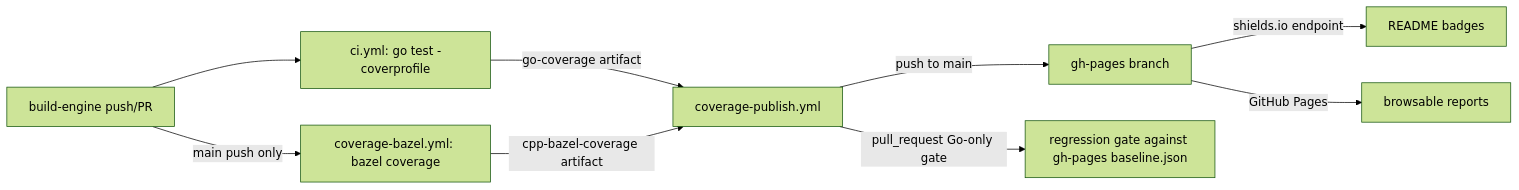
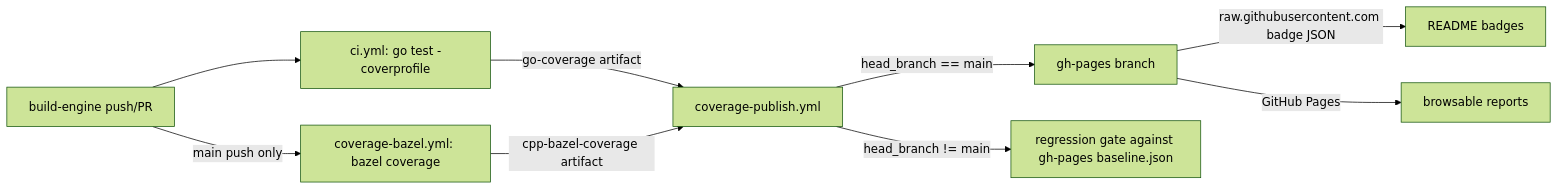
The diagram in docs/dev/coverage/README.md (vantaboard/bigquery-emulator), drawn with Mermaid (forest theme) before and after one commit. The commit also changed other lines of this file and 2 other files, not shown here.

First line of the commit message:
fix(coverage): publish badges via head_branch and raw GitHub URLs

````diff
--- a/docs/dev/coverage/README.md
+++ b/docs/dev/coverage/README.md
@@ -26,11 +26,11 @@
 ```mermaid
 flowchart LR
   buildEngine[build-engine push/PR] --> ci[ci.yml: go test -coverprofile]
   buildEngine -->|"main push only"| cpp[coverage-bazel.yml: bazel coverage]
   ci -->|go-coverage artifact| pub[coverage-publish.yml]
   cpp -->|cpp-bazel-coverage artifact| pub
-  pub -->|"push to main"| gh[gh-pages branch]
-  pub -->|"pull_request Go-only gate"| gate[regression gate against gh-pages baseline.json]
-  gh -->|shields.io endpoint| readme["README badges"]
+  pub -->|"head_branch == main"| gh[gh-pages branch]
+  pub -->|"head_branch != main"| gate[regression gate against gh-pages baseline.json]
+  gh -->|raw.githubusercontent.com badge JSON| readme["README badges"]
   gh -->|GitHub Pages| browse["browsable reports"]
 ```
````
